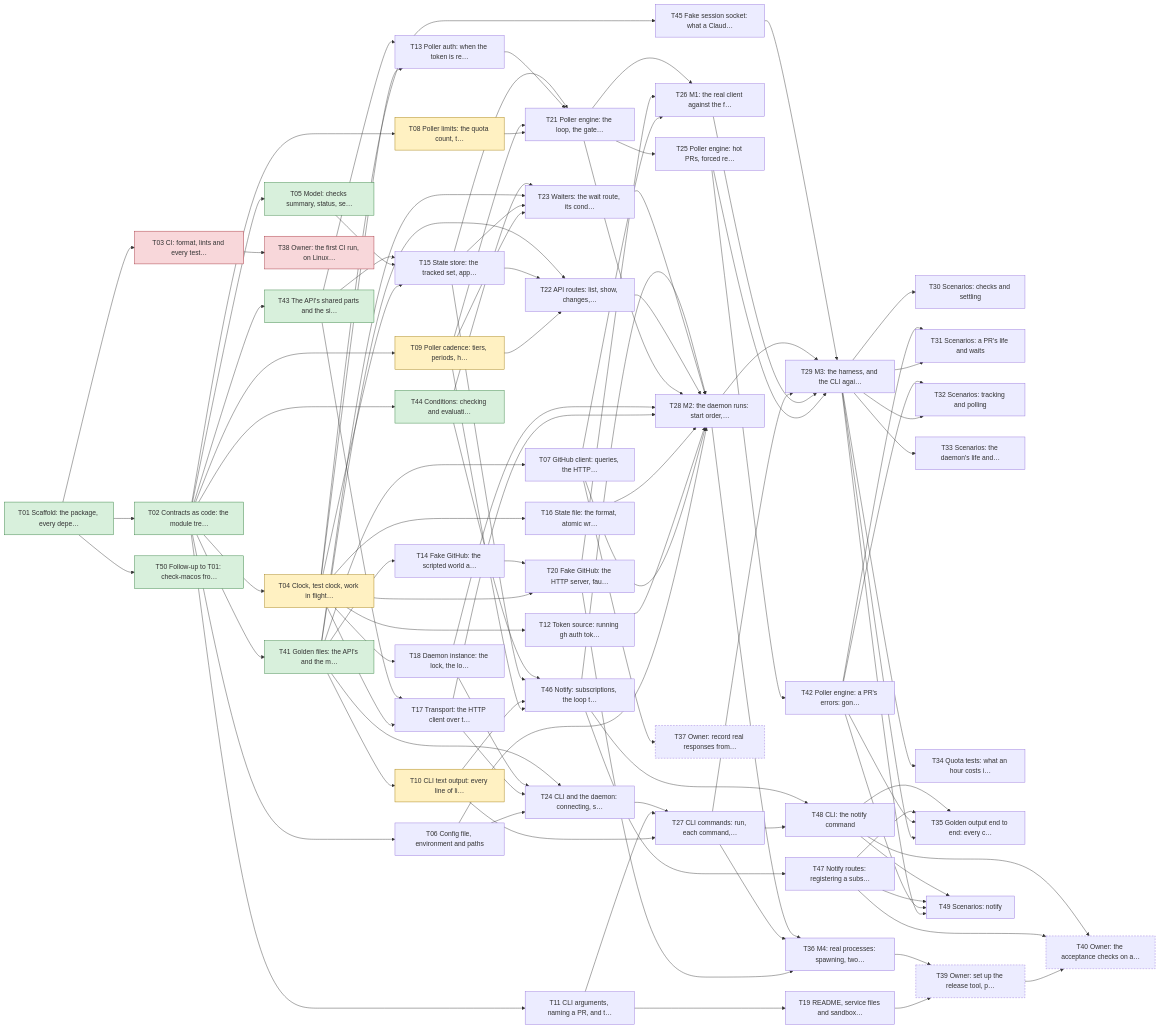
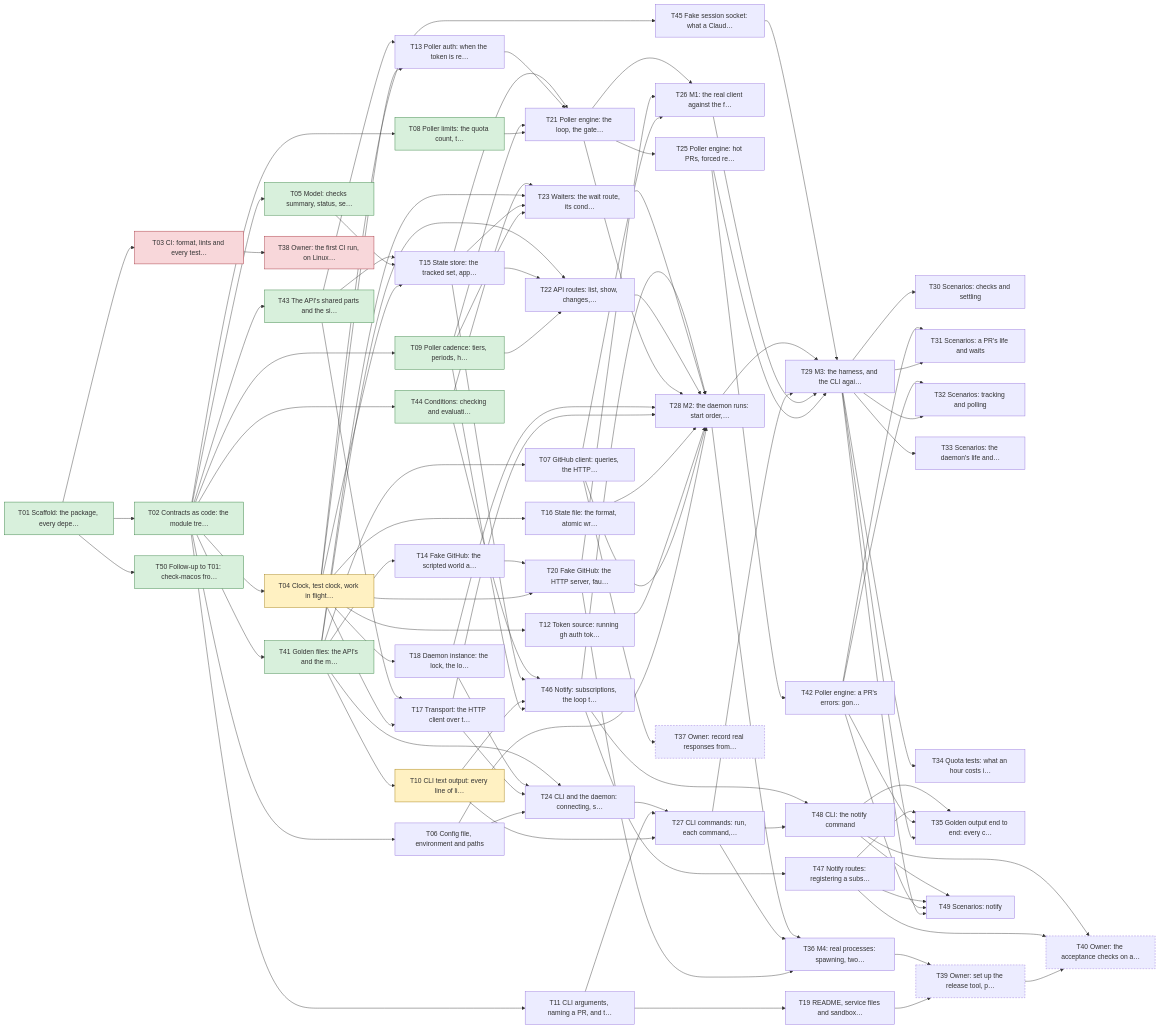
One commit to yachiko/circitor changed the diagram in plan/README.md. Above: the diagram before and after it, drawn with Mermaid. The commit also changed other lines of this file and 3 other files, not shown here.

```diff
--- a/plan/README.md
+++ b/plan/README.md
@@ -144,8 +144,8 @@
   T05["T05 Model: checks summary, status, se…"]:::done
   T06["T06 Config file, environment and paths"]
   T07["T07 GitHub client: queries, the HTTP…"]
-  T08["T08 Poller limits: the quota count, t…"]:::active
-  T09["T09 Poller cadence: tiers, periods, h…"]:::active
+  T08["T08 Poller limits: the quota count, t…"]:::done
+  T09["T09 Poller cadence: tiers, periods, h…"]:::done
   T10["T10 CLI text output: every line of li…"]:::active
   T11["T11 CLI arguments, naming a PR, and t…"]
   T12["T12 Token source: running gh auth tok…"]
```
